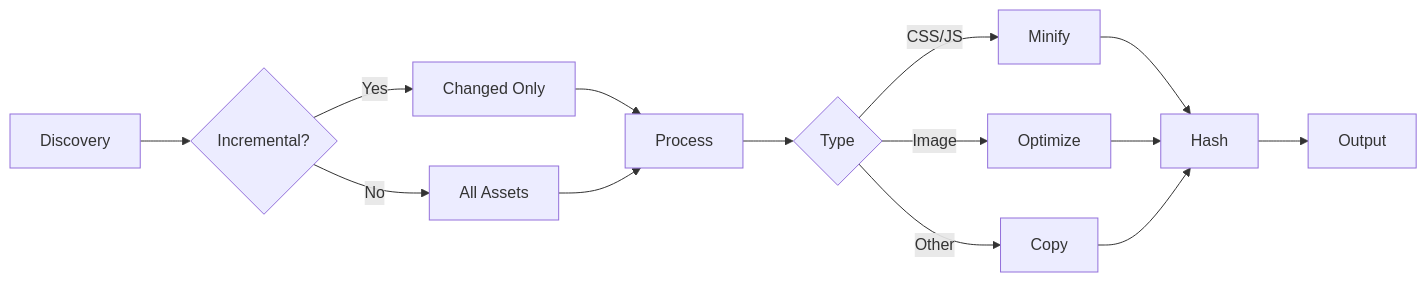
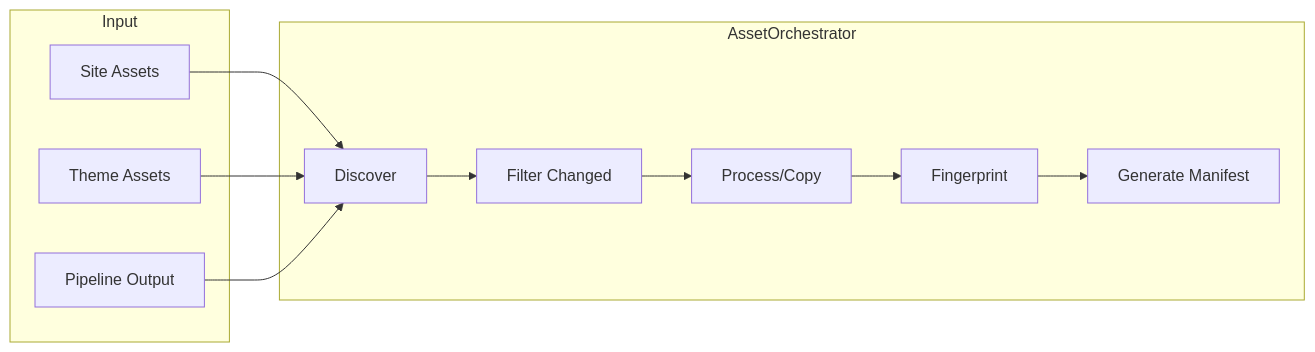
Before and after one commit to lbliii/bengal: the first of 2 diagrams in site/content/docs/reference/architecture/rendering/assets-pipeline.md, drawn with Mermaid. The commit also changed other lines of this file and 14 other files, not shown here.

````diff
--- a/site/content/docs/reference/architecture/rendering/assets-pipeline.md
+++ b/site/content/docs/reference/architecture/rendering/assets-pipeline.md
@@ -24,16 +28,21 @@
 ```mermaid
 flowchart LR
-    A[Discovery] --> B{Incremental?}
-    B -->|Yes| C[Changed Only]
-    B -->|No| D[All Assets]
-    C --> E[Process]
-    D --> E
-    E --> F{Type}
-    F -->|CSS/JS| G[Minify]
-    F -->|Image| H[Optimize]
-    F -->|Other| I[Copy]
-    G --> J[Hash]
-    H --> J
-    I --> J
-    J --> K[Output]
+    subgraph "Input"
+        A[Site Assets]
+        B[Theme Assets]
+        C[Pipeline Output]
+    end
+
+    subgraph "AssetOrchestrator"
+        D[Discover]
+        E[Filter Changed]
+        F[Process/Copy]
+        G[Fingerprint]
+        H[Generate Manifest]
+    end
+
+    A --> D
+    B --> D
+    C --> D
+    D --> E --> F --> G --> H
 ```
````
